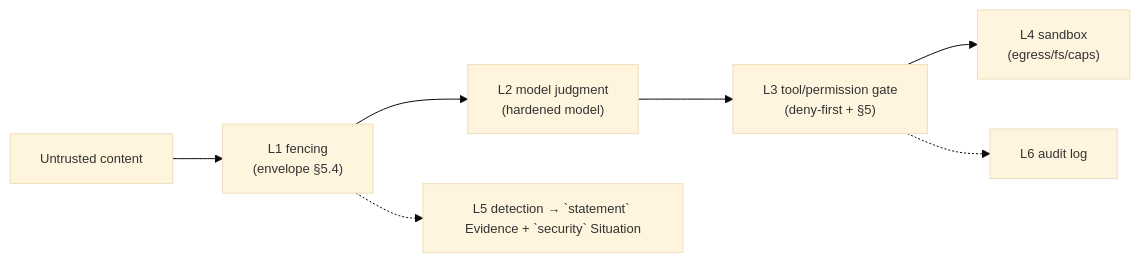
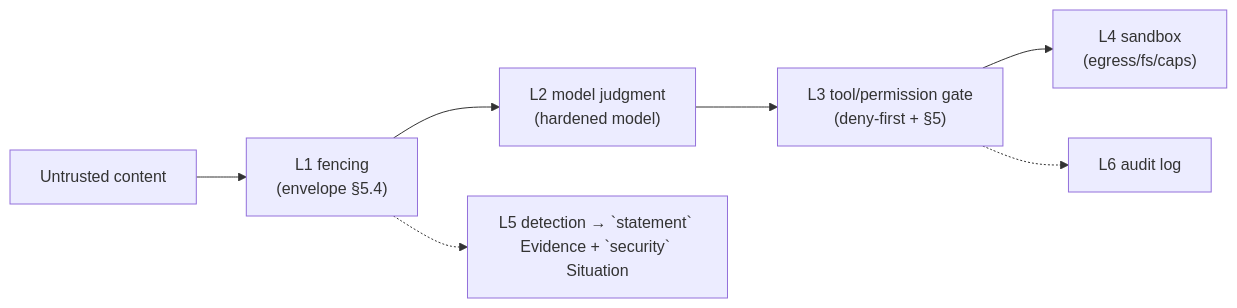
The second of 2 diagrams in specs/prompt-injection.md (alex-oleshkevich/dailydrift), drawn with Mermaid before and after one commit. The commit also changed other lines of this file and 44 other files, not shown here.

````diff
--- a/specs/prompt-injection.md
+++ b/specs/prompt-injection.md
@@ -150,7 +161,6 @@
 ```mermaid
-%%{init: {'theme': 'base', 'themeVariables': {'fontSize': '13px'}}}%%
 flowchart LR
-    IN["Untrusted content"] --> L1["L1 fencing\n(envelope §5.4)"] --> L2["L2 model judgment\n(hardened model)"] --> L3["L3 tool/permission gate\n(deny-first + §5)"] --> L4["L4 sandbox\n(egress/fs/caps)"]
+    IN["Untrusted content"] --> L1["L1 fencing<br/>(envelope §5.4)"] --> L2["L2 model judgment<br/>(hardened model)"] --> L3["L3 tool/permission gate<br/>(deny-first + §5)"] --> L4["L4 sandbox<br/>(egress/fs/caps)"]
     L1 -.-> DET["L5 detection → `statement` Evidence + `security` Situation"]
     L3 -.-> AUD["L6 audit log"]
 ```
````
